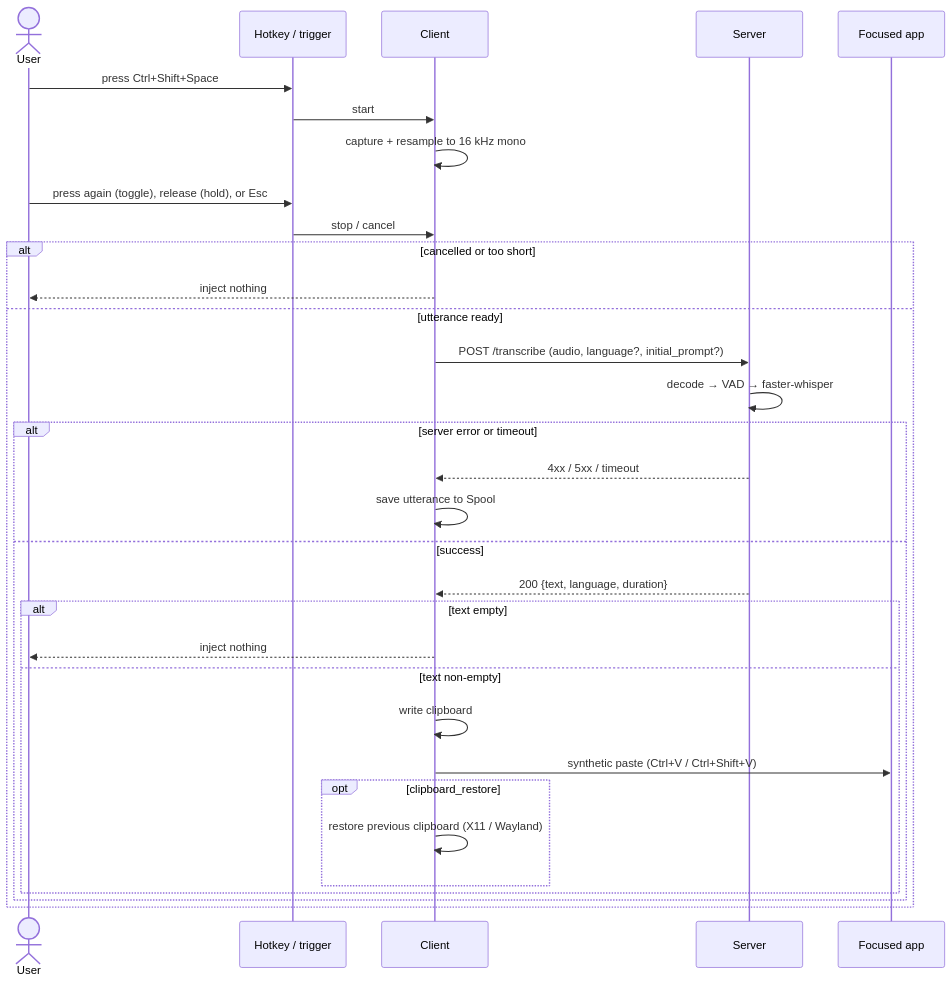
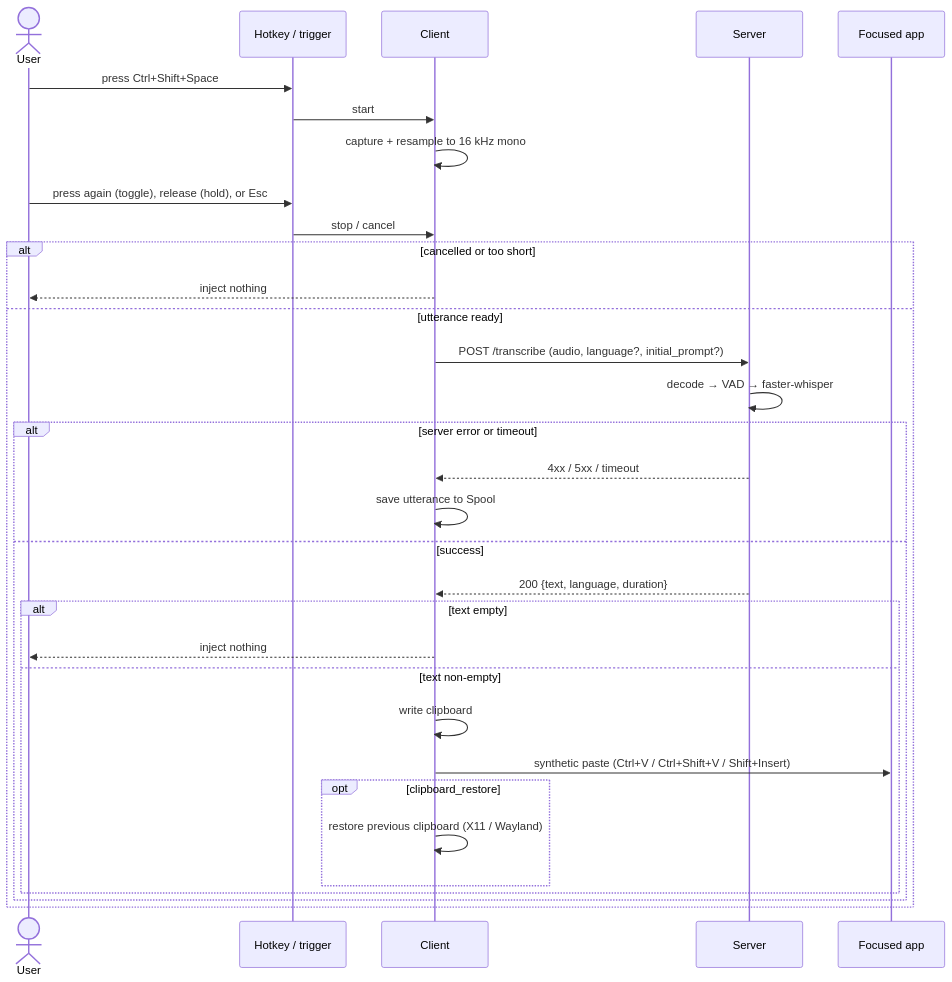
The second of 2 diagrams in README.md (FoxRed-cmd/kitsune-whisper), drawn with Mermaid before and after one commit. The commit also changed 13 other files, not shown here.

First line of the commit message:
Add Shift+Insert paste shortcut and document Wayland ydotool setup (#26)

````diff
--- a/README.md
+++ b/README.md
@@ -68,36 +68,36 @@
 ```mermaid
 sequenceDiagram
     actor User
     participant T as Hotkey / trigger
     participant C as Client
     participant S as Server
     participant App as Focused app
 
     User->>T: press Ctrl+Shift+Space
     T->>C: start
     C->>C: capture + resample to 16 kHz mono
     User->>T: press again (toggle), release (hold), or Esc
     T->>C: stop / cancel
 
     alt cancelled or too short
         C-->>User: inject nothing
     else utterance ready
         C->>S: POST /transcribe (audio, language?, initial_prompt?)
         S->>S: decode → VAD → faster-whisper
         alt server error or timeout
             S-->>C: 4xx / 5xx / timeout
             C->>C: save utterance to Spool
         else success
             S-->>C: 200 {text, language, duration}
             alt text empty
                 C-->>User: inject nothing
             else text non-empty
                 C->>C: write clipboard
-                C->>App: synthetic paste (Ctrl+V / Ctrl+Shift+V)
+                C->>App: synthetic paste (Ctrl+V / Ctrl+Shift+V / Shift+Insert)
                 opt clipboard_restore
                     C->>C: restore previous clipboard (X11 / Wayland)
                 end
             end
         end
     end
 ```
````
